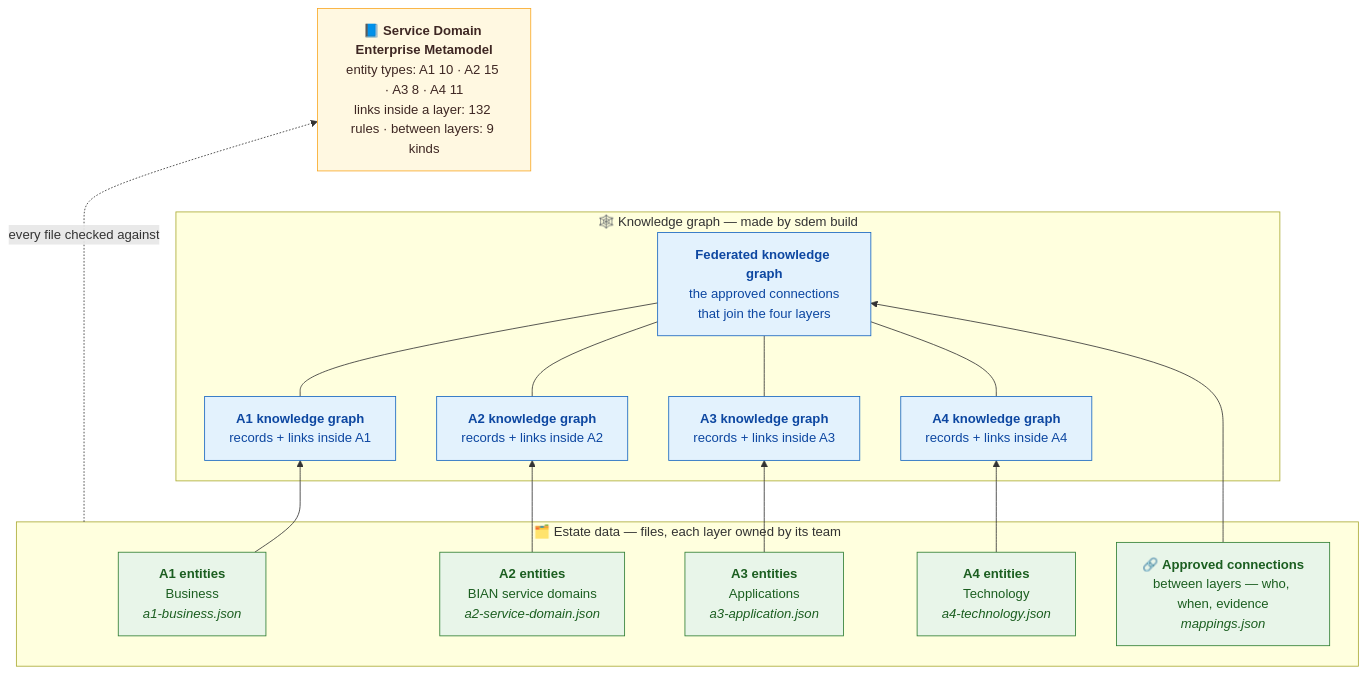
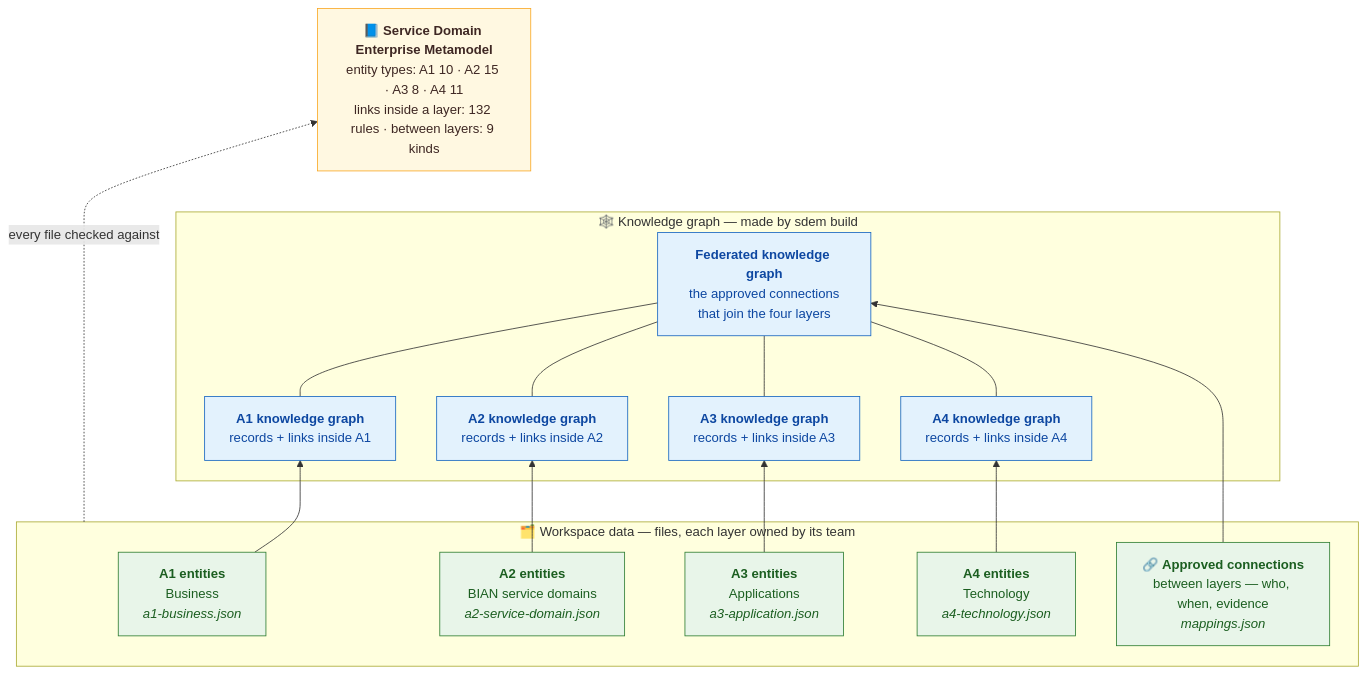
One commit to taumoeps/bian-sdem-framework changed the third of 9 diagrams in README.md. Above: the diagram before and after it, drawn with Mermaid. The commit also changed other lines of this file and 155 other files, not shown here.

````diff
--- a/README.md
+++ b/README.md
@@ -61,32 +61,32 @@
 ```mermaid
 flowchart BT
-    subgraph DATA["🗂️ Estate data — files, each layer owned by its team"]
+    subgraph DATA["🗂️ Workspace data — files, each layer owned by its team"]
         E1["<b>A1 entities</b><br/>Business<br/><i>a1-business.json</i>"]
         E2["<b>A2 entities</b><br/>BIAN service domains<br/><i>a2-service-domain.json</i>"]
         E3["<b>A3 entities</b><br/>Applications<br/><i>a3-application.json</i>"]
         E4["<b>A4 entities</b><br/>Technology<br/><i>a4-technology.json</i>"]
         C["🔗 <b>Approved connections</b><br/>between layers — who, when, evidence<br/><i>mappings.json</i>"]
     end
     subgraph KG["🕸️ Knowledge graph — made by sdem build"]
         G1["<b>A1 knowledge graph</b><br/>records + links inside A1"]
         G2["<b>A2 knowledge graph</b><br/>records + links inside A2"]
         G3["<b>A3 knowledge graph</b><br/>records + links inside A3"]
         G4["<b>A4 knowledge graph</b><br/>records + links inside A4"]
         F["<b>Federated knowledge graph</b><br/>the approved connections<br/>that join the four layers"]
     end
     MM["📘 <b>Service Domain Enterprise Metamodel</b><br/>entity types: A1 10 · A2 15 · A3 8 · A4 11<br/>links inside a layer: 132 rules · between layers: 9 kinds"]
     E1 --> G1
     E2 --> G2
     E3 --> G3
     E4 --> G4
     C --> F
     G1 & G2 & G3 & G4 --- F
     F ~~~ MM
     DATA -.->|"every file checked against"| MM
     classDef r fill:#FFF8E1,stroke:#F9A825,color:#3E2723
     classDef d fill:#E8F5E9,stroke:#2E7D32,color:#1B5E20
     classDef g fill:#E3F2FD,stroke:#1565C0,color:#0D47A1
     class MM r
     class E1,E2,E3,E4,C d
     class G1,G2,G3,G4,F g
 ```
````
